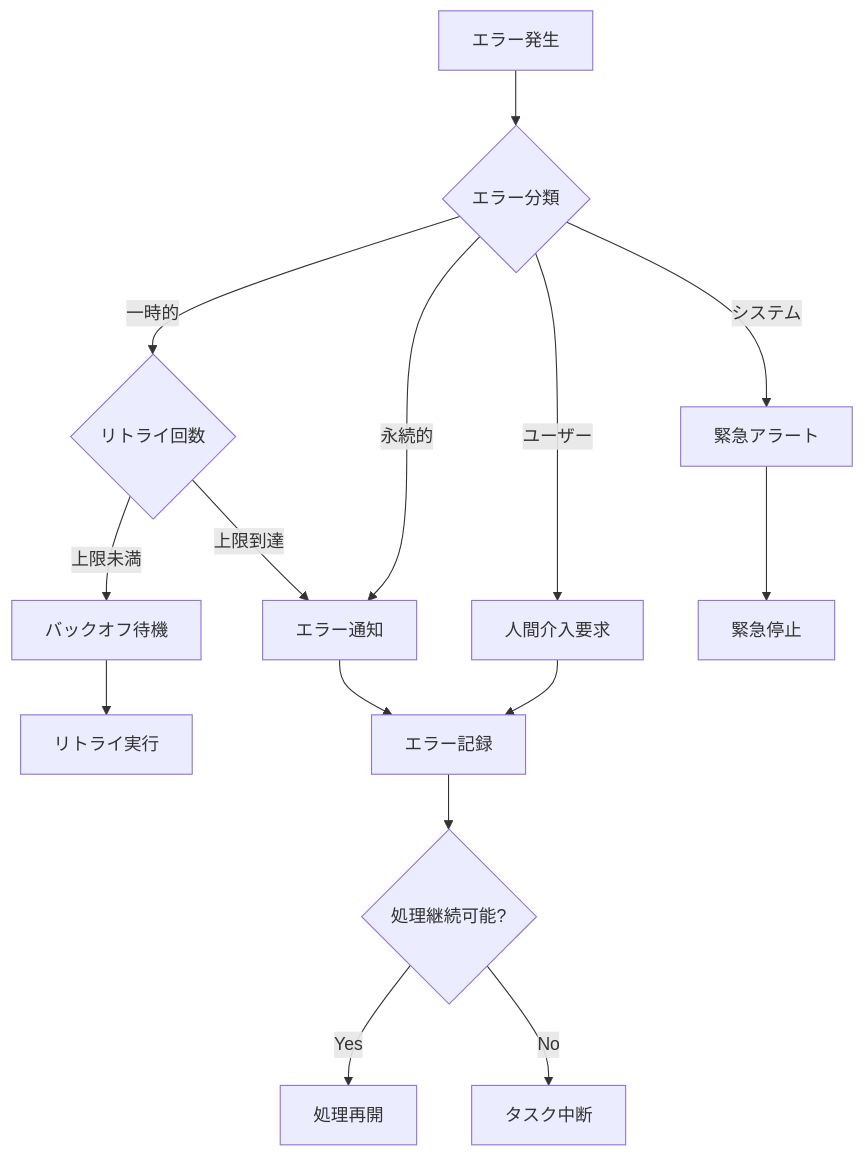
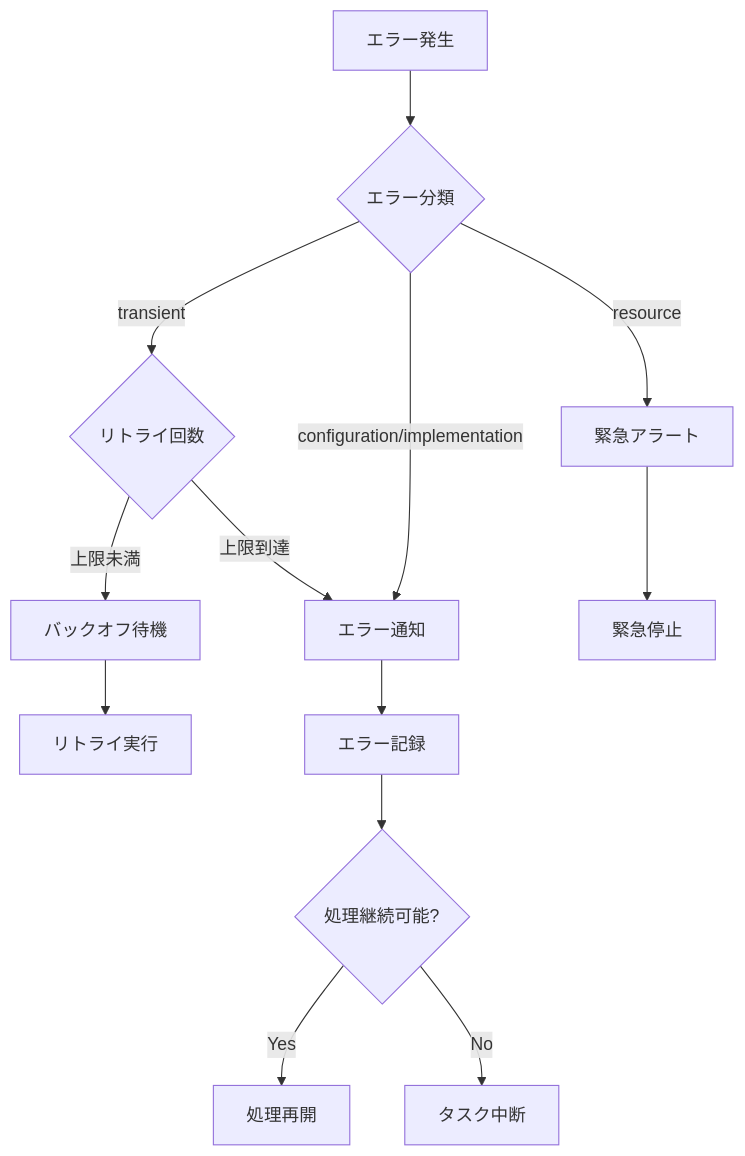
One commit to notfolder/CodeAgentOrchestrator changed diagram 13 of 15 in docs/AUTOMATA_CODEX_SPEC.md. Above: the diagram before and after it, drawn with Mermaid. The commit also changed other lines of this file and 3 other files, not shown here.

````diff
--- a/docs/AUTOMATA_CODEX_SPEC.md
+++ b/docs/AUTOMATA_CODEX_SPEC.md
@@ -2959,21 +2959,19 @@
 ```mermaid
 flowchart TD
     Error[エラー発生] --> Classify{エラー分類}
     
-    Classify -->|一時的| CheckRetry{リトライ回数}
+    Classify -->|transient| CheckRetry{リトライ回数}
     CheckRetry -->|上限未満| Backoff[バックオフ待機]
     Backoff --> Retry[リトライ実行]
     CheckRetry -->|上限到達| Notify
     
-    Classify -->|永続的| Notify[エラー通知]
-    Classify -->|ユーザー| Human[人間介入要求]
-    Classify -->|システム| Alert[緊急アラート]
+    Classify -->|configuration/implementation| Notify[エラー通知]
+    Classify -->|resource| Alert[緊急アラート]
     
     Notify --> Record[エラー記録]
-    Human --> Record
     Alert --> Emergency[緊急停止]
     
     Record --> Continue{処理継続可能?}
     Continue -->|Yes| Resume[処理再開]
     Continue -->|No| Stop[タスク中断]
 ```
````
